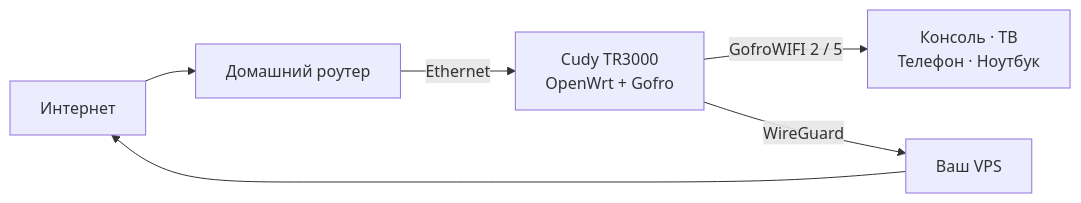
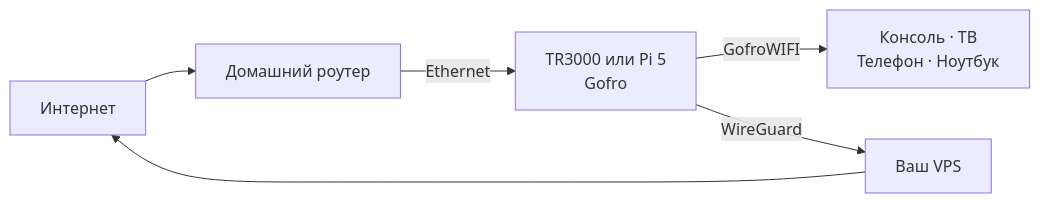
The diagram in README.md (gofronet/gofro-router), drawn with Mermaid before and after one commit. The commit also changed other lines of this file and 39 other files, not shown here.

````diff
--- a/README.md
+++ b/README.md
@@ -65,8 +68,8 @@
 ```mermaid
 flowchart LR
     INTERNET[Интернет] --> HOME[Домашний роутер]
-    HOME -->|Ethernet| GOFRO[Cudy TR3000<br>OpenWrt + Gofro]
-    GOFRO -->|GofroWIFI 2 / 5| DEVICES[Консоль · ТВ<br>Телефон · Ноутбук]
+    HOME -->|Ethernet| GOFRO[TR3000 или Pi 5<br>Gofro]
+    GOFRO -->|GofroWIFI| DEVICES[Консоль · ТВ<br>Телефон · Ноутбук]
     GOFRO -->|WireGuard| VPS[Ваш VPS]
     VPS --> INTERNET
 ```
````
